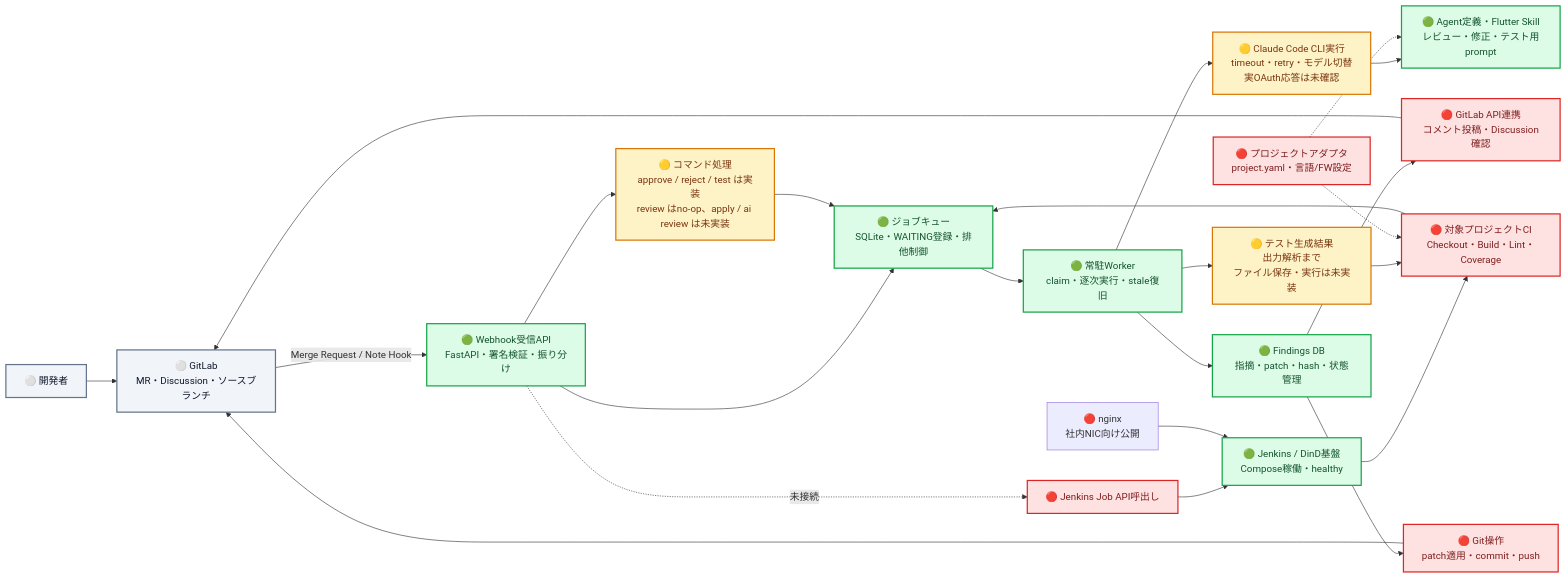
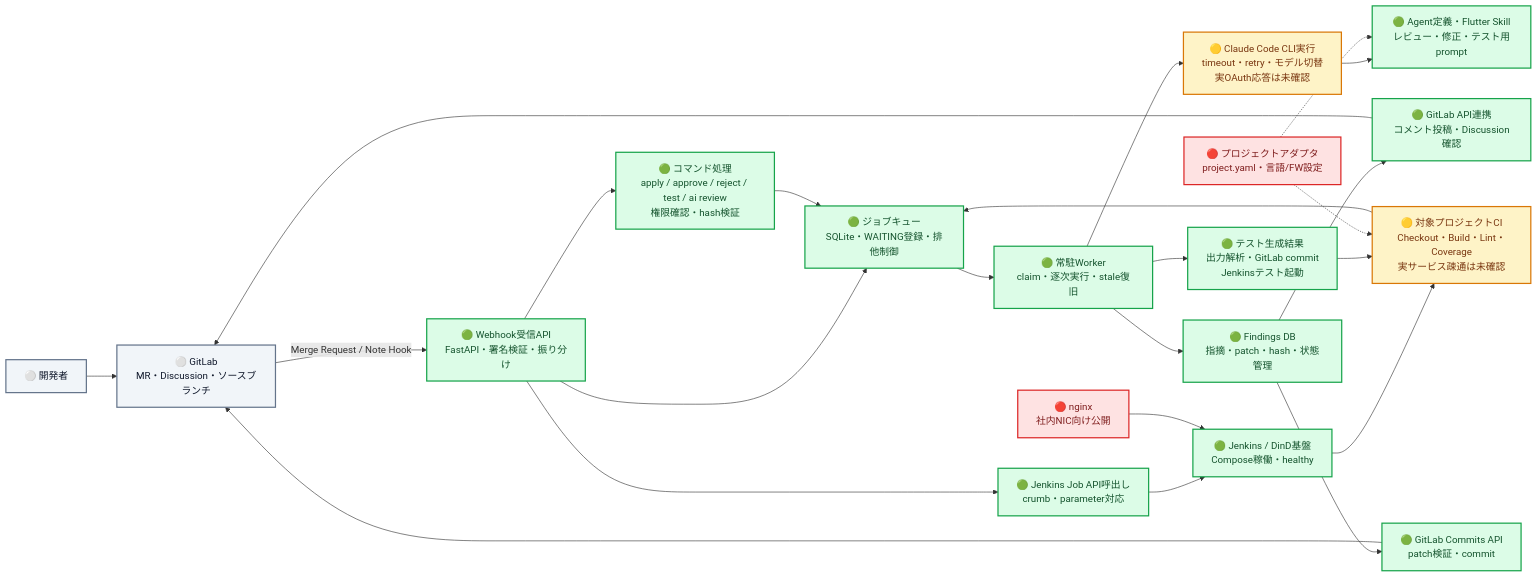
One commit to yugoueda/AI_Jenkins changed the first of 2 diagrams in Doc/進捗_コンポーネント関係図.md. Above: the diagram before and after it, drawn with Mermaid. The commit also changed other lines of this file and 47 other files, not shown here.

Commit message:
feat: connect webhook workflow to Jenkins and GitLab

````diff
--- a/Doc/進捗_コンポーネント関係図.md
+++ b/Doc/進捗_コンポーネント関係図.md
@@ -15,41 +15,41 @@
 ```mermaid
 flowchart LR
     User["⚪ 開発者"] --> GL["⚪ GitLab<br/>MR・Discussion・ソースブランチ"]
 
     GL -- "Merge Request / Note Hook" --> WH["🟢 Webhook受信API<br/>FastAPI・署名検証・振り分け"]
-    WH --> CMD["🟡 コマンド処理<br/>approve / reject / test は実装<br/>review はno-op、apply / ai review は未実装"]
+    WH --> CMD["🟢 コマンド処理<br/>apply / approve / reject / test / ai review<br/>権限確認・hash検証"]
     WH --> Q["🟢 ジョブキュー<br/>SQLite・WAITING登録・排他制御"]
     CMD --> Q
 
     Q --> WORKER["🟢 常駐Worker<br/>claim・逐次実行・stale復旧"]
     WORKER --> CLI["🟡 Claude Code CLI実行<br/>timeout・retry・モデル切替<br/>実OAuth応答は未確認"]
     CLI --> PROMPT["🟢 Agent定義・Flutter Skill<br/>レビュー・修正・テスト用prompt"]
 
     WORKER --> FIND["🟢 Findings DB<br/>指摘・patch・hash・状態管理"]
-    WORKER --> TESTGEN["🟡 テスト生成結果<br/>出力解析まで<br/>ファイル保存・実行は未実装"]
+    WORKER --> TESTGEN["🟢 テスト生成結果<br/>出力解析・GitLab commit<br/>Jenkinsテスト起動"]
 
-    FIND --> GLAPI["🔴 GitLab API連携<br/>コメント投稿・Discussion確認"]
+    FIND --> GLAPI["🟢 GitLab API連携<br/>コメント投稿・Discussion確認"]
     GLAPI --> GL
-    FIND --> GIT["🔴 Git操作<br/>patch適用・commit・push"]
+    FIND --> GIT["🟢 GitLab Commits API<br/>patch検証・commit"]
     GIT --> GL
 
-    WH -. "未接続" .-> JTRIGGER["🔴 Jenkins Job API呼出し"]
+    WH --> JTRIGGER["🟢 Jenkins Job API呼出し<br/>crumb・parameter対応"]
     JTRIGGER --> JENKINS["🟢 Jenkins / DinD基盤<br/>Compose稼働・healthy"]
-    JENKINS --> PIPE["🔴 対象プロジェクトCI<br/>Checkout・Build・Lint・Coverage"]
+    JENKINS --> PIPE["🟡 対象プロジェクトCI<br/>Checkout・Build・Lint・Coverage<br/>実サービス疎通は未確認"]
     PIPE --> Q
     TESTGEN --> PIPE
 
     NGINX["🔴 nginx<br/>社内NIC向け公開"] --> JENKINS
     ADAPTER["🔴 プロジェクトアダプタ<br/>project.yaml・言語/FW設定"] -.-> PROMPT
     ADAPTER -.-> PIPE
 
     classDef external fill:#f1f5f9,stroke:#64748b,color:#0f172a,stroke-width:2px;
     classDef done fill:#dcfce7,stroke:#16a34a,color:#14532d,stroke-width:2px;
     classDef partial fill:#fef3c7,stroke:#d97706,color:#78350f,stroke-width:2px;
     classDef missing fill:#fee2e2,stroke:#dc2626,color:#7f1d1d,stroke-width:2px;
 
     class User,GL external;
-    class WH,Q,WORKER,PROMPT,FIND,JENKINS done;
-    class CMD,CLI,TESTGEN partial;
-    class GLAPI,GIT,JTRIGGER,PIPE,NGIN,ADAPTER missing;
+    class WH,CMD,Q,WORKER,PROMPT,FIND,TESTGEN,GLAPI,GIT,JTRIGGER,JENKINS done;
+    class CLI,PIPE partial;
+    class NGINX,ADAPTER missing;
 ```
````
